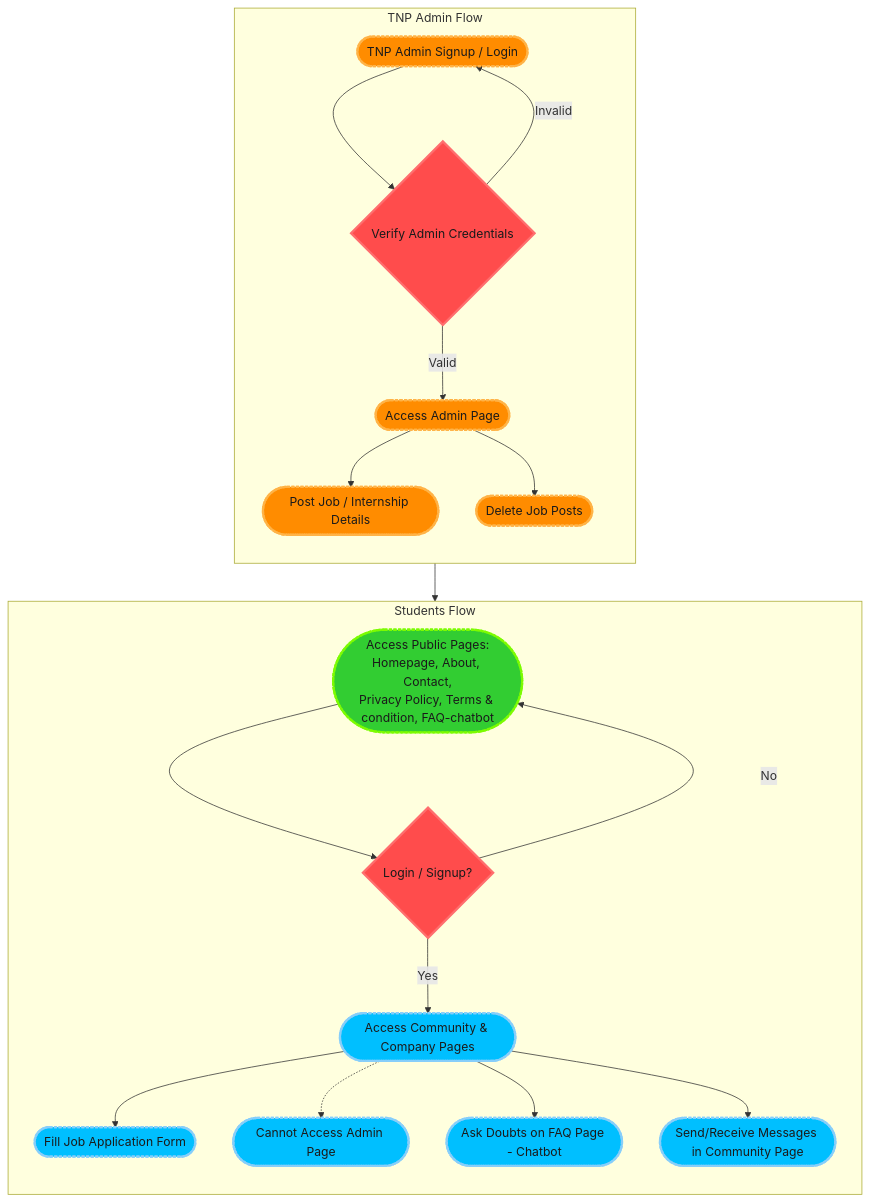
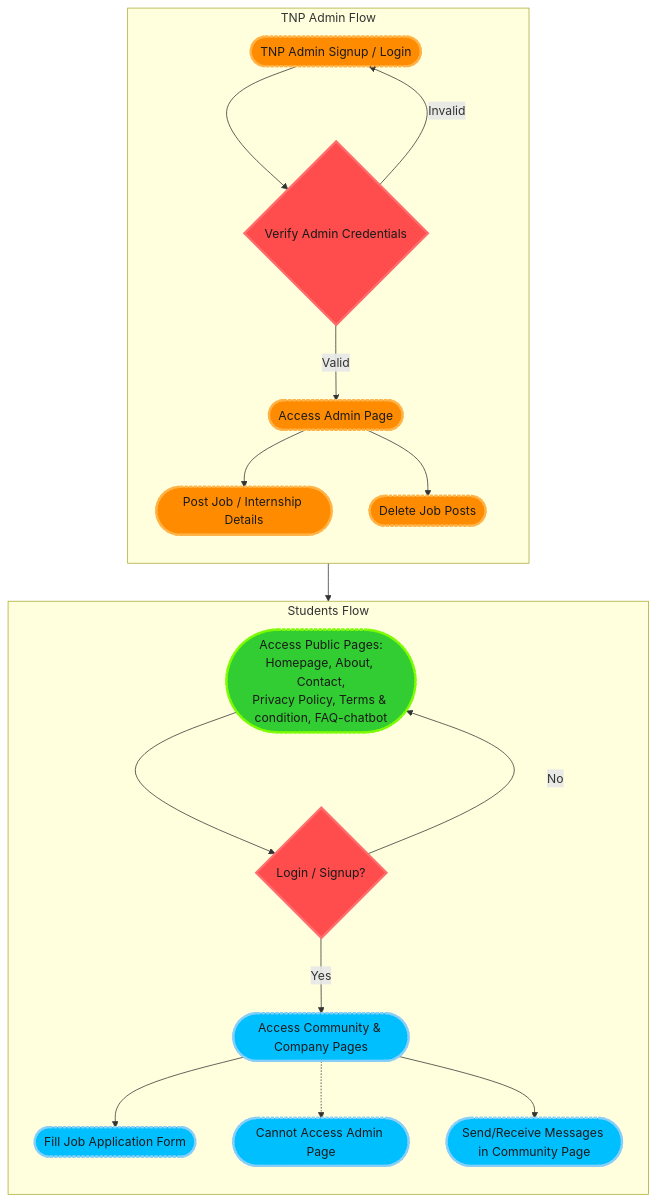
One commit to deepak-pandey1/BPIT-CareerHub changed the diagram in README.md. Above: the diagram before and after it, drawn with Mermaid.

````diff
--- a/README.md
+++ b/README.md
@@ -8,37 +8,36 @@
 ```mermaid
 graph TD
     %% Define styles for dark theme with rounded corners and subtle shadows
     classDef adminNode fill:#ff8c00,stroke:#ffb347,stroke-width:3px,color:#1a1a1a,stroke-dasharray:4 2,round
     classDef studentNode fill:#00bfff,stroke:#87cefa,stroke-width:3px,color:#1a1a1a,stroke-dasharray:4 2,round
     classDef publicNode fill:#32cd32,stroke:#7cfc00,stroke-width:3px,color:#1a1a1a,stroke-dasharray:4 2,round
     classDef decisionNode fill:#ff4c4c,stroke:#ff6e6e,stroke-width:3px,color:#1a1a1a
 
     %% TNP Admin Flow
     subgraph TNP_Admin["TNP Admin Flow"]
         direction TB
         A1([TNP Admin Signup / Login]):::adminNode --> B1{Verify Admin Credentials}:::decisionNode
         B1 -->|Valid| C1([Access Admin Page]):::adminNode
         B1 -->|Invalid| A1
         C1 --> D1([Post Job / Internship Details]):::adminNode
         C1 --> E1([Delete Job Posts]):::adminNode
     end
 
     %% Students Flow
     subgraph Students["Students Flow"]
         direction TB
         F1([Access Public Pages:<br>Homepage, About, Contact,<br>Privacy Policy, Terms & condition, FAQ-chatbot]):::publicNode --> G1{Login / Signup?}:::decisionNode
         G1 -->|Yes| H1([Access Community & Company Pages]):::studentNode
         G1 -->|No| F1
 
         H1 --> I1([Fill Job Application Form]):::studentNode
         H1 -.-> J1([Cannot Access Admin Page]):::studentNode
-        H1 --> K1([Ask Doubts on FAQ Page - Chatbot]):::studentNode
 
         %% Communication in Community Page
         H1 --> L1([Send/Receive Messages in Community Page]):::studentNode
         C1 --> L1
     end
 
 
 
 ```
````
